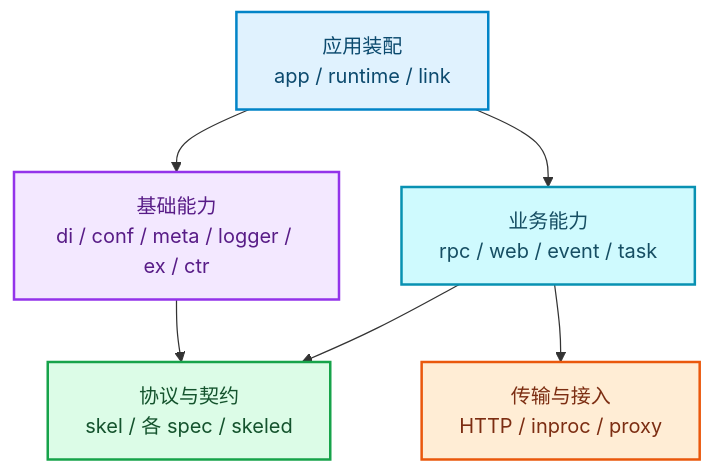
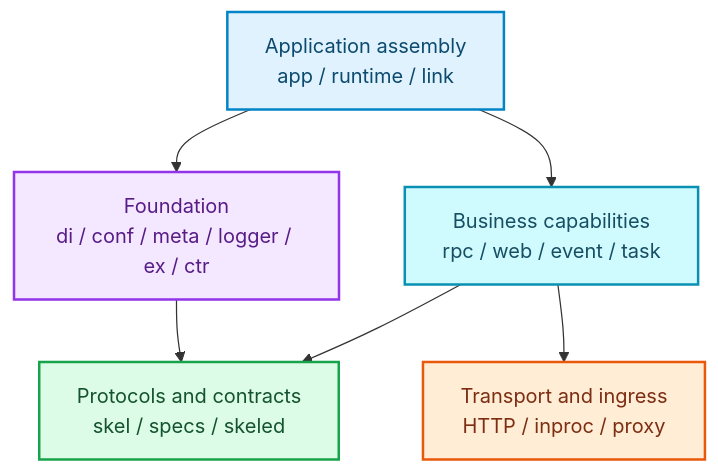
The diagram in docs/framework/core-packages.md (yorun-ai/vine-site), drawn with Mermaid before and after one commit. The commit also changed other lines of this file and 107 other files, not shown here.

````diff
--- a/docs/framework/core-packages.md
+++ b/docs/framework/core-packages.md
@@ -11,20 +11,20 @@
 ```mermaid
 flowchart TB
-  App["应用装配\napp / runtime / link"] --> Foundation["基础能力\ndi / conf / meta / logger / ex / ctr"]
-  App --> Capabilities["业务能力\nrpc / web / event / task"]
-  Capabilities --> Protocol["协议与契约\nskel / 各 spec / skeled"]
-  Capabilities --> Transport["传输与接入\nHTTP / inproc / proxy"]
+  App["Application assembly\napp / runtime / link"] --> Foundation["Foundation\ndi / conf / meta / logger / ex / ctr"]
+  App --> Capabilities["Business capabilities\nrpc / web / event / task"]
+  Capabilities --> Protocol["Protocols and contracts\nskel / specs / skeled"]
+  Capabilities --> Transport["Transport and ingress\nHTTP / inproc / proxy"]
   Foundation --> Protocol
 
   classDef app fill:#e0f2fe,stroke:#0284c7,color:#0c4a6e,stroke-width:2px;
   classDef foundation fill:#f3e8ff,stroke:#9333ea,color:#581c87,stroke-width:2px;
   classDef capability fill:#cffafe,stroke:#0891b2,color:#164e63,stroke-width:2px;
   classDef protocol fill:#dcfce7,stroke:#16a34a,color:#14532d,stroke-width:2px;
   classDef transport fill:#ffedd5,stroke:#ea580c,color:#7c2d12,stroke-width:2px;
 
   class App app;
   class Foundation foundation;
   class Capabilities capability;
   class Protocol protocol;
   class Transport transport;
 ```
````
